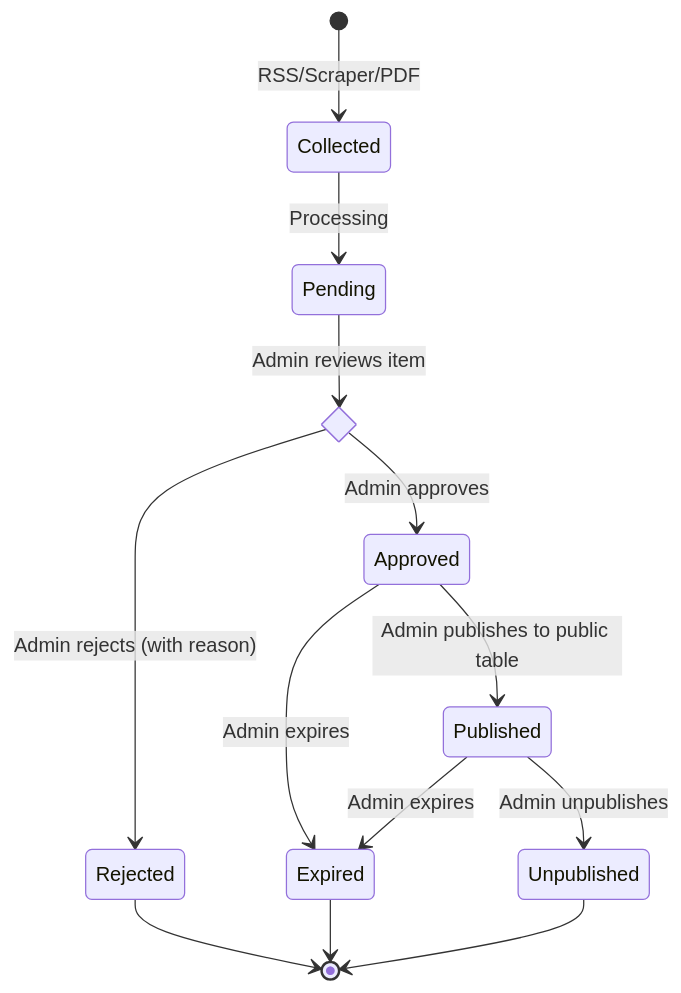
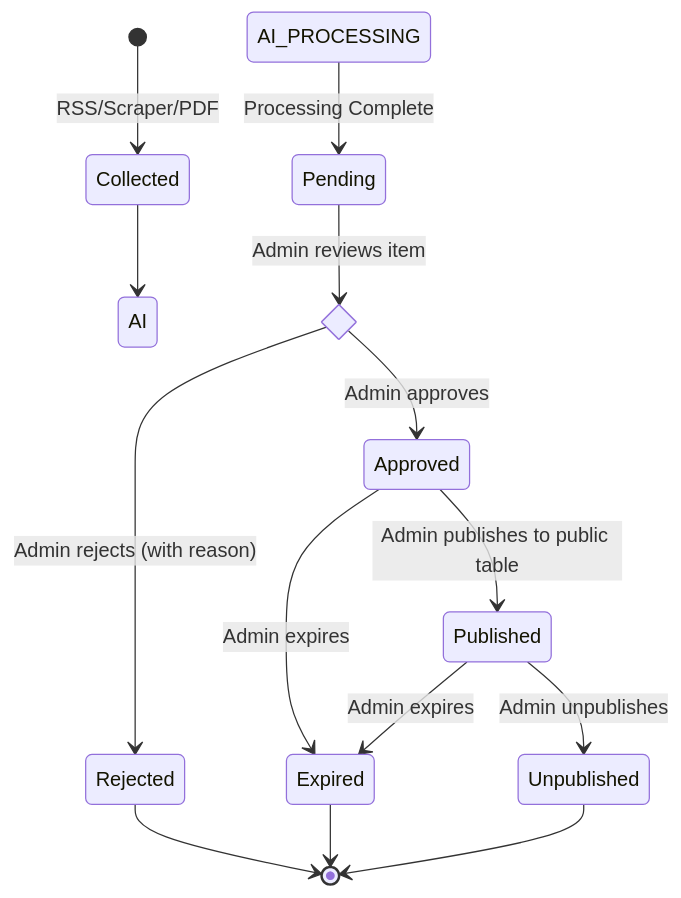
One commit to ankitpandey006/BharatLens changed the fourth of 7 diagrams in DOCUMENTATION.md. Above: the diagram before and after it, drawn with Mermaid. The commit also changed other lines of this file and 108 other files, not shown here.

````diff
--- a/DOCUMENTATION.md
+++ b/DOCUMENTATION.md
@@ -1022,21 +1196,22 @@
 ```mermaid
 stateDiagram-v2
     [*] --> Collected: RSS/Scraper/PDF
-    Collected --> Pending: Processing
-    
+    Collected --> AI Processed: AI_PROCESSING
+    AI Processed --> Pending: Processing Complete
+
     state AdminReview <<choice>>
     Pending --> AdminReview: Admin reviews item
-    
+
     AdminReview --> Approved: Admin approves
     AdminReview --> Rejected: Admin rejects (with reason)
-    
+
     Approved --> Published: Admin publishes to public table
     Published --> Unpublished: Admin unpublishes
-    
+
     Approved --> Expired: Admin expires
     Published --> Expired: Admin expires
-    
+
     Rejected --> [*]
     Expired --> [*]
     Unpublished --> [*]
 ```
````
